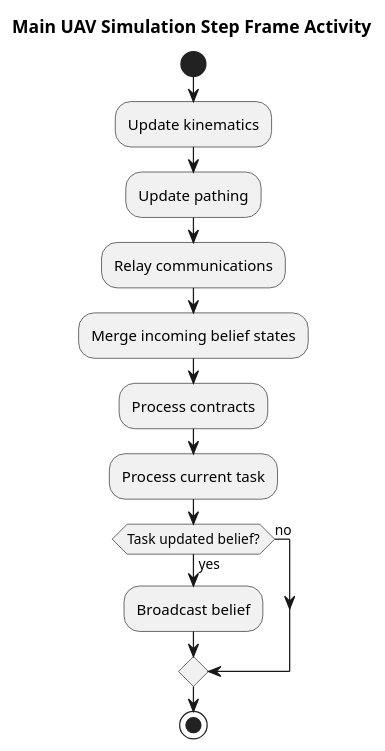
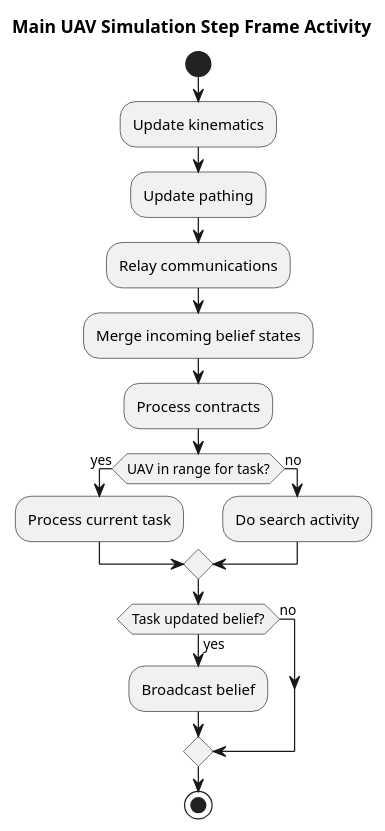
Before and after one commit to tansir1/thesis: the diagram in dissertation/diagrams/uav_activity_main_loop.pu, drawn with PlantUML.

Commit message:
Added clause to UAV main loop to do search if not in range of current task.

```diff
--- a/dissertation/diagrams/uav_activity_main_loop.pu
+++ b/dissertation/diagrams/uav_activity_main_loop.pu
@@ -1,20 +1,24 @@
 @startuml
 
 title Main UAV Simulation Step Frame Activity
 
 start
 :Update kinematics;
 :Update pathing;
 :Relay communications;
 :Merge incoming belief states;
 :Process contracts;
-:Process current task;
+if (UAV in range for task?) then (yes)
+  :Process current task;
+else (no)
+  :Do search activity;
+endif
 
 if (Task updated belief?) then (yes)
   :Broadcast belief;
 else (no)
 endif
 
 stop
 
 @enduml
```
